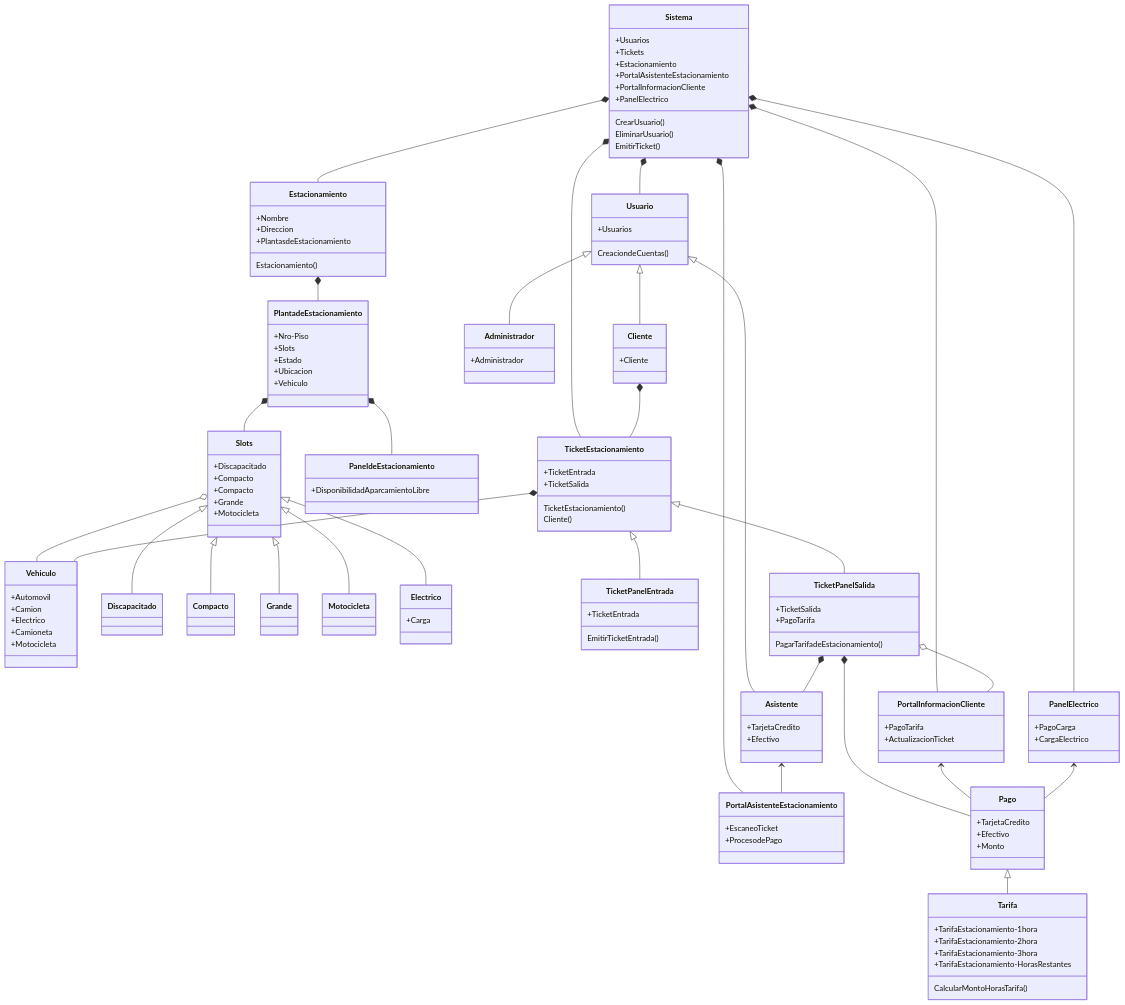
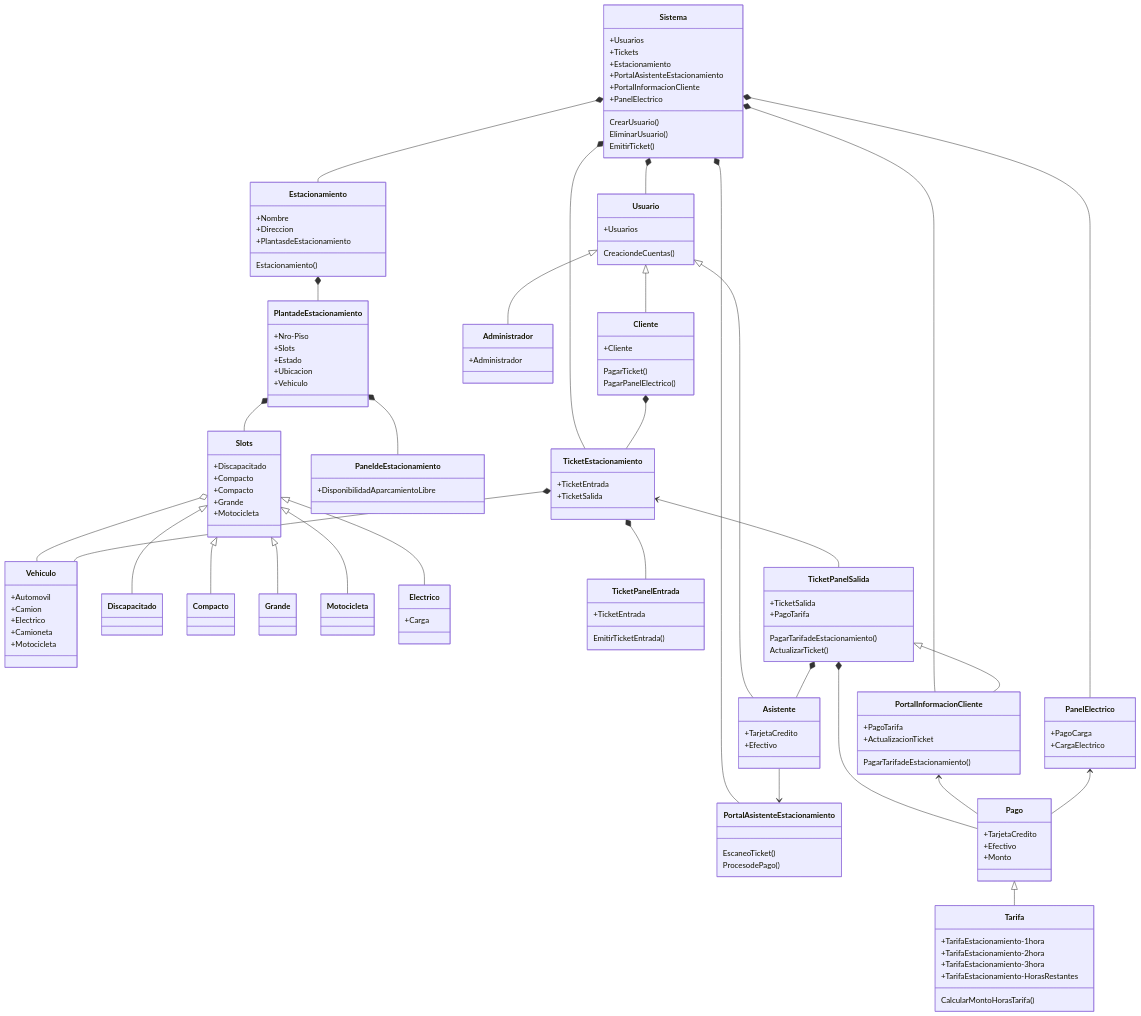
Before and after one commit to 09MauroID/Estacionamiento: the diagram in doc/diagrama.mmd, drawn with Mermaid.

```diff
--- a/doc/diagrama.mmd
+++ b/doc/diagrama.mmd
@@ -1,146 +1,148 @@
 classDiagram
     Estacionamiento *-- PlantadeEstacionamiento
     PlantadeEstacionamiento *-- Slots
     Slots o-- Vehiculo
     PlantadeEstacionamiento *-- PaneldeEstacionamiento
     
     Sistema *-- Estacionamiento
     Sistema *-- Usuario
     Sistema *-- TicketEstacionamiento
     Sistema *-- PortalAsistenteEstacionamiento
     Sistema *-- PortalInformacionCliente
     Sistema *-- PanelElectrico
 
     Slots <|-- Discapacitado
     Slots <|-- Compacto
     Slots <|-- Grande
     Slots <|-- Motocicleta
     Slots <|-- Electrico
     
     Usuario <|-- Administrador
     Usuario <|-- Cliente
     Usuario <|-- Asistente
     
-    Asistente <-- PortalAsistenteEstacionamiento
+    Asistente --> PortalAsistenteEstacionamiento
 
     Cliente *-- TicketEstacionamiento
 
-    TicketEstacionamiento <|-- TicketPanelEntrada
-    TicketEstacionamiento <|-- TicketPanelSalida
+    TicketEstacionamiento *-- TicketPanelEntrada
+    TicketEstacionamiento <-- TicketPanelSalida
     TicketEstacionamiento *-- Vehiculo
 
     TicketPanelSalida *-- Asistente
     TicketPanelSalida *-- Pago
-    TicketPanelSalida o-- PortalInformacionCliente    
+    TicketPanelSalida <|-- PortalInformacionCliente    
 
     PortalInformacionCliente <-- Pago
 
     PanelElectrico <-- Pago
 
     Pago <|-- Tarifa
 
     class Sistema
     Sistema: +Usuarios
     Sistema: +Tickets
     Sistema: +Estacionamiento
     Sistema: +PortalAsistenteEstacionamiento
     Sistema: +PortalInformacionCliente
     Sistema: +PanelElectrico
     Sistema: CrearUsuario()
     Sistema: EliminarUsuario()
     Sistema: EmitirTicket()
 
     class Estacionamiento
     Estacionamiento: +Nombre
     Estacionamiento: +Direccion
     Estacionamiento: +PlantasdeEstacionamiento
     Estacionamiento: Estacionamiento()
 
 
     class PlantadeEstacionamiento
     PlantadeEstacionamiento: +Nro-Piso
     PlantadeEstacionamiento: +Slots
     PlantadeEstacionamiento: +Estado
     PlantadeEstacionamiento: +Ubicacion
     PlantadeEstacionamiento: +Vehiculo
 
     class Slots
     Slots: +Discapacitado
     Slots: +Compacto
     Slots: +Compacto
     Slots: +Grande
     Slots: +Motocicleta
     
     class Discapacitado
 
     class Compacto
     
     class Grande
     
     class Motocicleta
     
     class Electrico
     Electrico: +Carga
 
     class Vehiculo
     Vehiculo: +Automovil
     Vehiculo: +Camion
     Vehiculo: +Electrico
     Vehiculo: +Camioneta
     Vehiculo: +Motocicleta
 
     class Usuario
     Usuario: +Usuarios
     Usuario: CreaciondeCuentas()
 
     class Administrador
     Administrador: +Administrador
     
     class Cliente
     Cliente: +Cliente
+    Cliente: PagarTicket()
+    Cliente: PagarPanelElectrico()
 
     class TicketEstacionamiento
     TicketEstacionamiento: +TicketEntrada
     TicketEstacionamiento: +TicketSalida
-    TicketEstacionamiento: TicketEstacionamiento()
-    TicketEstacionamiento: Cliente()
 
     class TicketPanelEntrada
     TicketPanelEntrada: +TicketEntrada
     TicketPanelEntrada: EmitirTicketEntrada()
 
     class TicketPanelSalida
     TicketPanelSalida: +TicketSalida
     TicketPanelSalida: +PagoTarifa
     TicketPanelSalida: PagarTarifadeEstacionamiento()
+    TicketPanelSalida: ActualizarTicket()
 
     class Pago
     Pago: +TarjetaCredito
     Pago: +Efectivo
     Pago: +Monto
 
     class Tarifa
     Tarifa: +TarifaEstacionamiento-1hora
     Tarifa: +TarifaEstacionamiento-2hora
     Tarifa: +TarifaEstacionamiento-3hora
     Tarifa: +TarifaEstacionamiento-HorasRestantes
     Tarifa: CalcularMontoHorasTarifa()
 
     class PaneldeEstacionamiento
     PaneldeEstacionamiento: +DisponibilidadAparcamientoLibre
 
     class PortalAsistenteEstacionamiento
-    PortalAsistenteEstacionamiento: +EscaneoTicket
-    PortalAsistenteEstacionamiento: +ProcesodePago
+    PortalAsistenteEstacionamiento: EscaneoTicket()
+    PortalAsistenteEstacionamiento: ProcesodePago()
 
     class PortalInformacionCliente
     PortalInformacionCliente: +PagoTarifa
     PortalInformacionCliente: +ActualizacionTicket
+    PortalInformacionCliente: PagarTarifadeEstacionamiento()
 
     class PanelElectrico
     PanelElectrico: +PagoCarga
     PanelElectrico: +CargaElectrico
 
     class Asistente
     Asistente: +TarjetaCredito
     Asistente: +Efectivo
```
